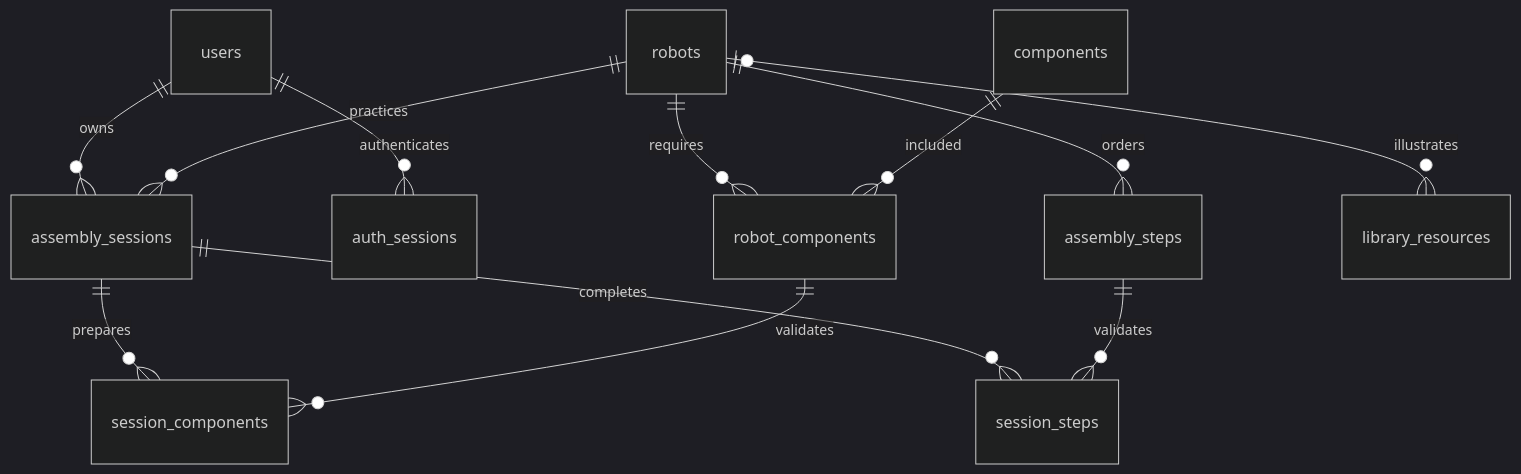
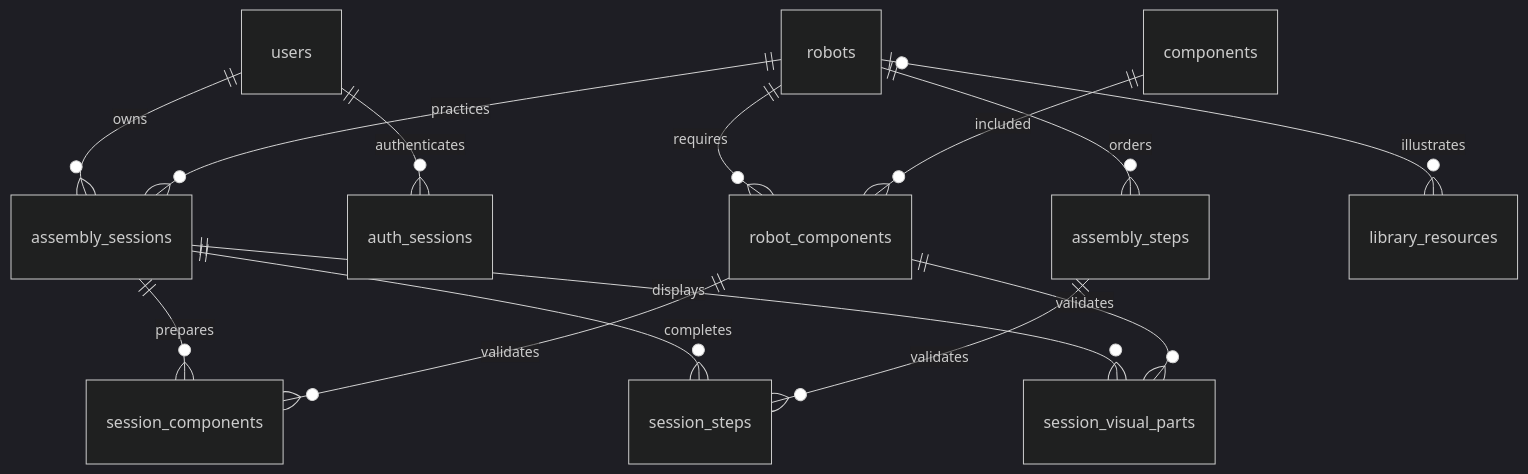
The diagram in docs/content/DATABASE.md (franz08hmt/Web_Pro), drawn with Mermaid (dark theme) before and after one commit. The commit also changed other lines of this file and 29 other files, not shown here.

First line of the commit message:
feat: persist assembly sessions and resume them from account

````diff
--- a/docs/content/DATABASE.md
+++ b/docs/content/DATABASE.md
@@ -3,14 +3,16 @@
 ```mermaid
 erDiagram
   users ||--o{ assembly_sessions : owns
   users ||--o{ auth_sessions : authenticates
   robots ||--o{ assembly_sessions : practices
   robots ||--o{ robot_components : requires
   components ||--o{ robot_components : included
   robots ||--o{ assembly_steps : orders
   robots o|--o{ library_resources : illustrates
   assembly_sessions ||--o{ session_components : prepares
   assembly_sessions ||--o{ session_steps : completes
+  assembly_sessions ||--o{ session_visual_parts : displays
   robot_components ||--o{ session_components : validates
+  robot_components ||--o{ session_visual_parts : validates
   assembly_steps ||--o{ session_steps : validates
 ```
````
